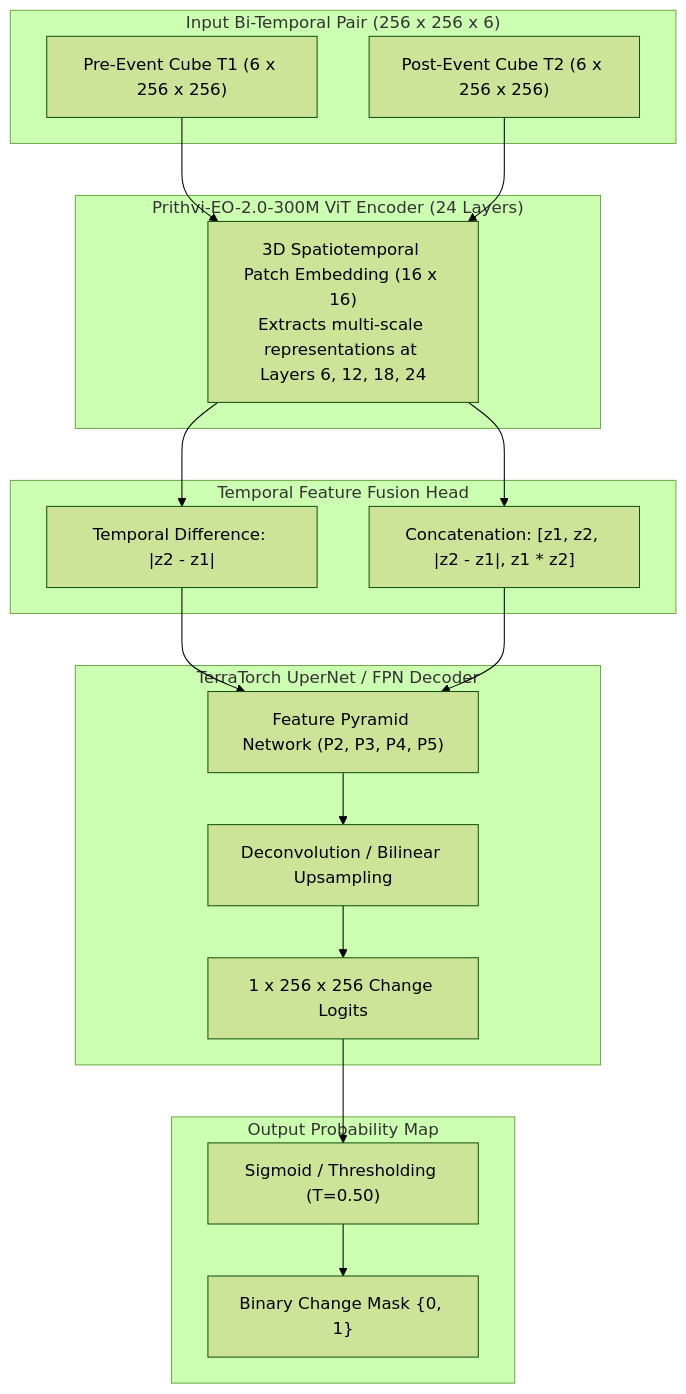
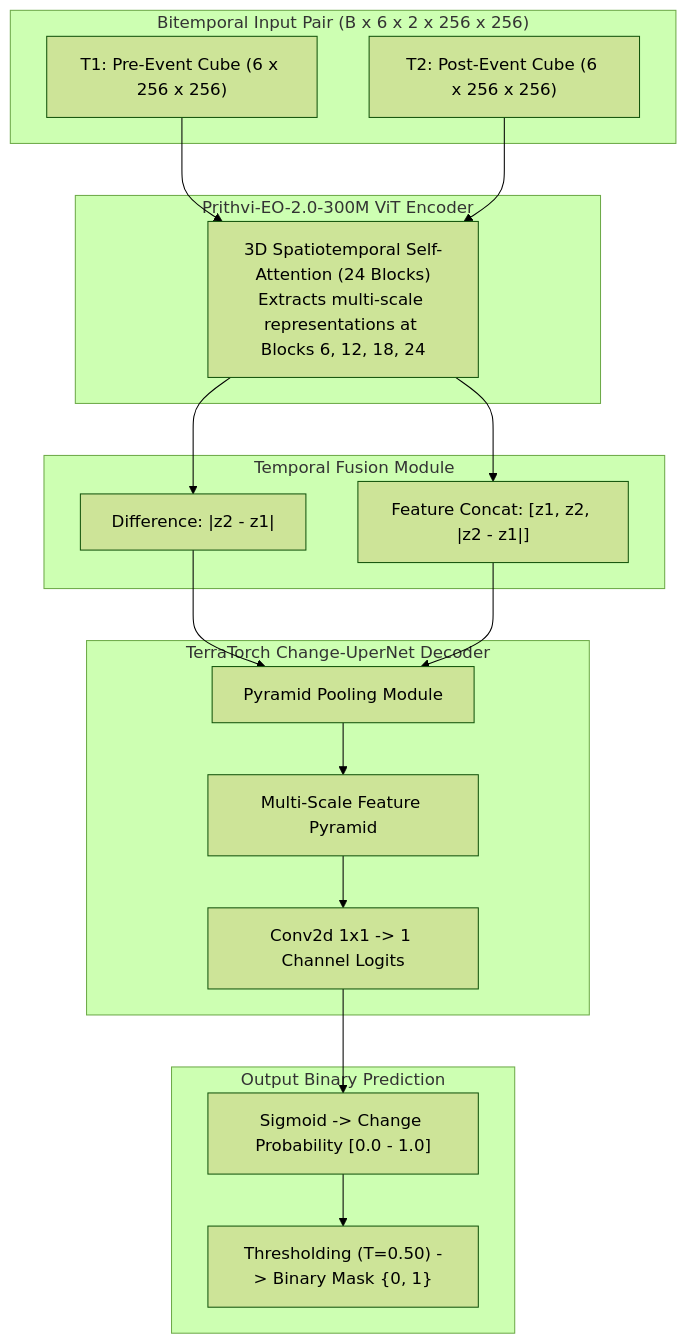
Before and after one commit to shrishailad24/ORBINEX: the second of 2 diagrams in ORBINEX_AI08A_PRITHVI_READINESS_REPORT.md, drawn with Mermaid (forest theme). The commit also changed other lines of this file and 2 other files, not shown here.

Commit message:
docs(ai08a): update Prithvi-EO-2.0 readiness report with physical GPU audit, temporal tubelet analysis, and 6-band gap diagnosis

````diff
--- a/ORBINEX_AI08A_PRITHVI_READINESS_REPORT.md
+++ b/ORBINEX_AI08A_PRITHVI_READINESS_REPORT.md
@@ -150,26 +189,24 @@
 ```mermaid
 flowchart TD
-    subgraph Inputs["Input Bi-Temporal Pair (256 x 256 x 6)"]
-        T1["Pre-Event Cube T1 (6 x 256 x 256)"]
-        T2["Post-Event Cube T2 (6 x 256 x 256)"]
+    subgraph InputPair["Bitemporal Input Pair (B x 6 x 2 x 256 x 256)"]
+        T1["T1: Pre-Event Cube (6 x 256 x 256)"]
+        T2["T2: Post-Event Cube (6 x 256 x 256)"]
     end
-    subgraph Backbone["Prithvi-EO-2.0-300M ViT Encoder (24 Layers)"]
-        ViT["3D Spatiotemporal Patch Embedding (16 x 16)\nExtracts multi-scale representations at Layers 6, 12, 18, 24"]
+    subgraph Backbone["Prithvi-EO-2.0-300M ViT Encoder"]
+        ViT["3D Spatiotemporal Self-Attention (24 Blocks)\nExtracts multi-scale representations at Blocks 6, 12, 18, 24"]
     end
-    subgraph TemporalFusion["Temporal Feature Fusion Head"]
-        Diff["Temporal Difference: |z2 - z1|"]
-        Concat["Concatenation: [z1, z2, |z2 - z1|, z1 * z2]"]
+    subgraph Fusion["Temporal Fusion Module"]
+        Delta["Difference: |z2 - z1|"]
+        Cat["Feature Concat: [z1, z2, |z2 - z1|]"]
     end
-    subgraph Decoder["TerraTorch UperNet / FPN Decoder"]
-        Pyramid["Feature Pyramid Network (P2, P3, P4, P5)"]
-        Conv["Deconvolution / Bilinear Upsampling"]
-        Logits["1 x 256 x 256 Change Logits"]
+    subgraph Decoder["TerraTorch Change-UperNet Decoder"]
+        PPM["Pyramid Pooling Module"]
+        FPN["Multi-Scale Feature Pyramid"]
+        Head["Conv2d 1x1 -> 1 Channel Logits"]
     end
-    subgraph Output["Output Probability Map"]
-        Sigmoid["Sigmoid / Thresholding (T=0.50)"]
-        Mask["Binary Change Mask {0, 1}"]
+    subgraph Output["Output Binary Prediction"]
+        Prob["Sigmoid -> Change Probability [0.0 - 1.0]"]
+        Mask["Thresholding (T=0.50) -> Binary Mask {0, 1}"]
     end
-    T1 & T2 --> ViT
-    ViT --> Diff & Concat
-    Diff & Concat --> Pyramid --> Conv --> Logits --> Sigmoid --> Mask
+    T1 & T2 --> ViT --> Delta & Cat --> PPM --> FPN --> Head --> Prob --> Mask
 ```
````
